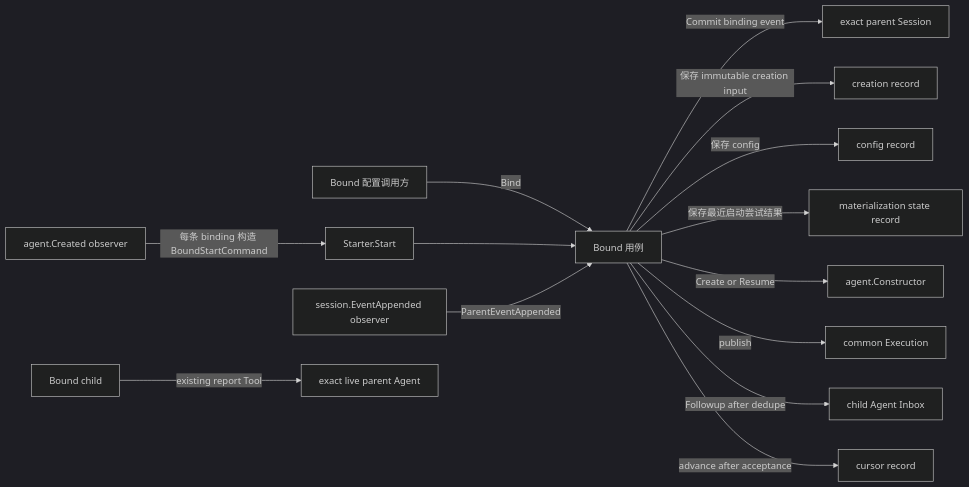
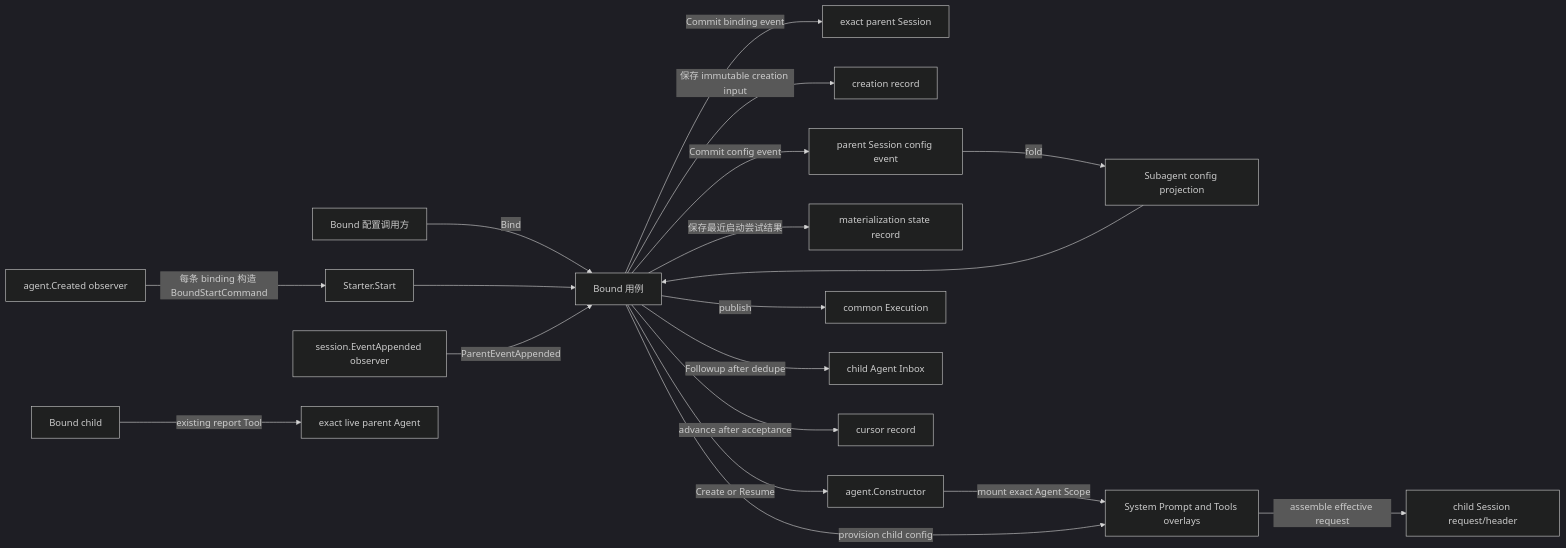
Before and after one commit to gorenx/goren: the diagram in subagent/docs/parent-bound-requirements.zh-CN.md, drawn with Mermaid (dark theme). The commit also changed other lines of this file and 52 other files, not shown here.

````diff
--- a/subagent/docs/parent-bound-requirements.zh-CN.md
+++ b/subagent/docs/parent-bound-requirements.zh-CN.md
@@ -59,16 +60,21 @@
 ```mermaid
 flowchart LR
     Caller[Bound 配置调用方] -->|Bind| Bound[Bound 用例]
     Bound -->|Commit binding event| ParentSession[exact parent Session]
     Bound -->|保存 immutable creation input| Creation[creation record]
-    Bound -->|保存 config| Config[config record]
+    Bound -->|Commit config event| Config[parent Session config event]
+    Config -->|fold| ConfigProjection[Subagent config projection]
+    ConfigProjection --> Bound
     Bound -->|保存最近启动尝试结果| State[materialization state record]
     ParentCreated[agent.Created observer] -->|每条 binding 构造 BoundStartCommand| Starter[Starter.Start]
     Starter --> Bound
     ParentEvent[session.EventAppended observer] -->|ParentEventAppended| Bound
     Bound -->|Create or Resume| Constructor[agent.Constructor]
+    Constructor -->|mount exact Agent Scope| Overlay[System Prompt and Tools overlays]
+    Bound -->|provision child config| Overlay
     Bound -->|publish| Execution[common Execution]
     Bound -->|Followup after dedupe| Inbox[child Agent Inbox]
+    Overlay -->|assemble effective request| RequestHeader[child Session request/header]
     Bound -->|advance after acceptance| Cursor[cursor record]
     Child[Bound child] -->|existing report Tool| ParentAgent[exact live parent Agent]
 ```
````
